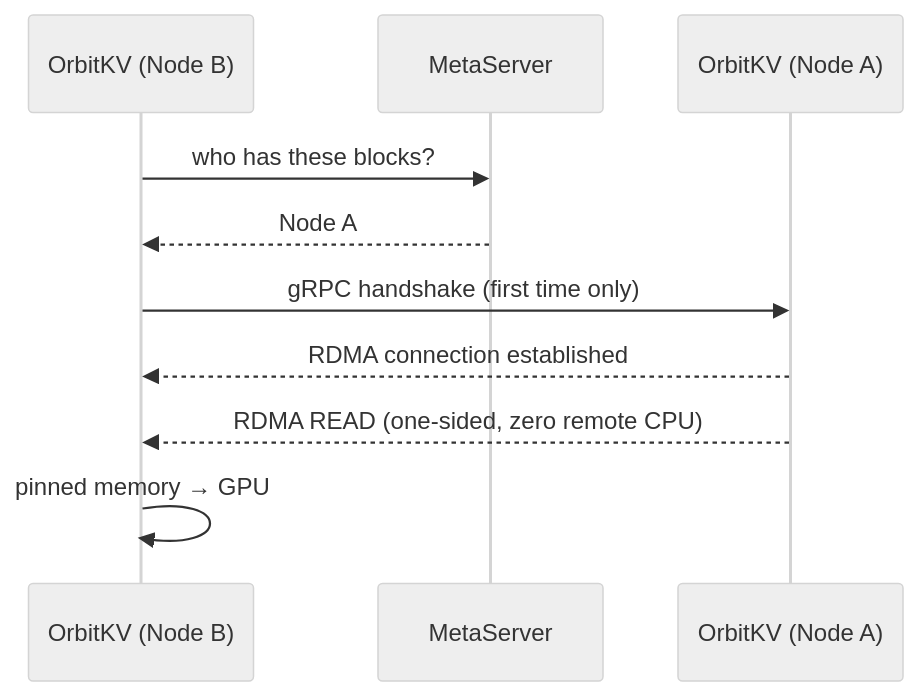
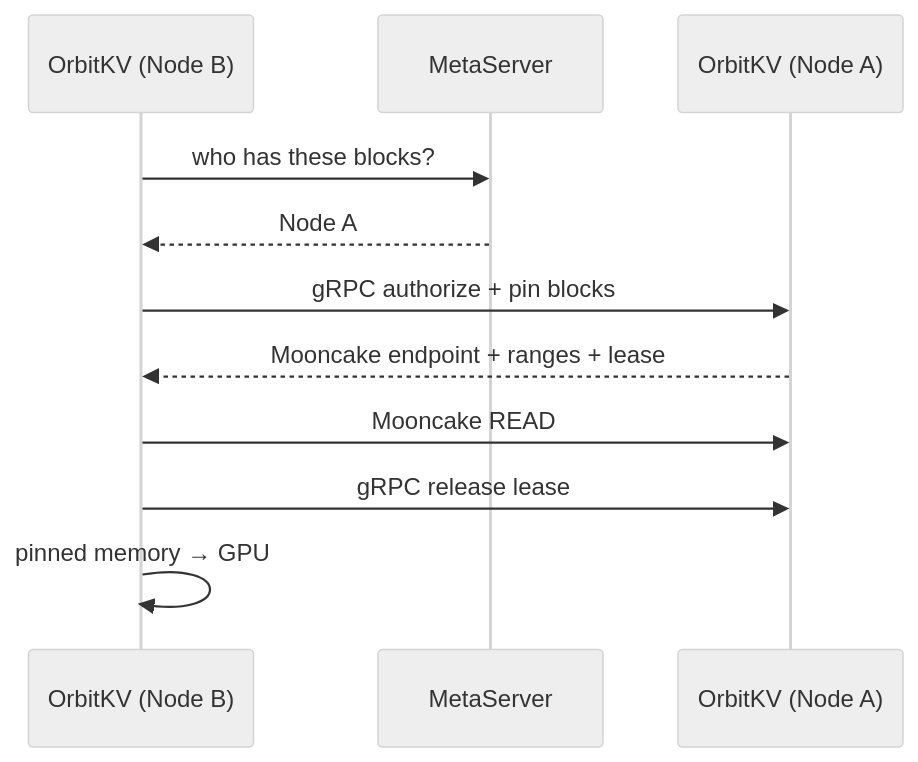
The second of 2 diagrams in docs/p2p.md (feichai0017/orbitkv), drawn with Mermaid (neutral theme) before and after one commit. The commit also changed other lines of this file and 141 other files, not shown here.

Commit message:
refactor: replace custom rdma stacks with mooncake

````diff
--- a/docs/p2p.md
+++ b/docs/p2p.md
@@ -28,13 +31,14 @@
 ```mermaid
 sequenceDiagram
     participant B as OrbitKV (Node B)
     participant M as MetaServer
     participant A as OrbitKV (Node A)
 
     B->>M: who has these blocks?
     M-->>B: Node A
-    B->>A: gRPC handshake (first time only)
-    A-->>B: RDMA connection established
-    A-->>B: RDMA READ (one-sided, zero remote CPU)
+    B->>A: gRPC authorize + pin blocks
+    A-->>B: Mooncake endpoint + ranges + lease
+    B->>A: Mooncake READ
+    B->>A: gRPC release lease
     B->>B: pinned memory → GPU
 ```
````
